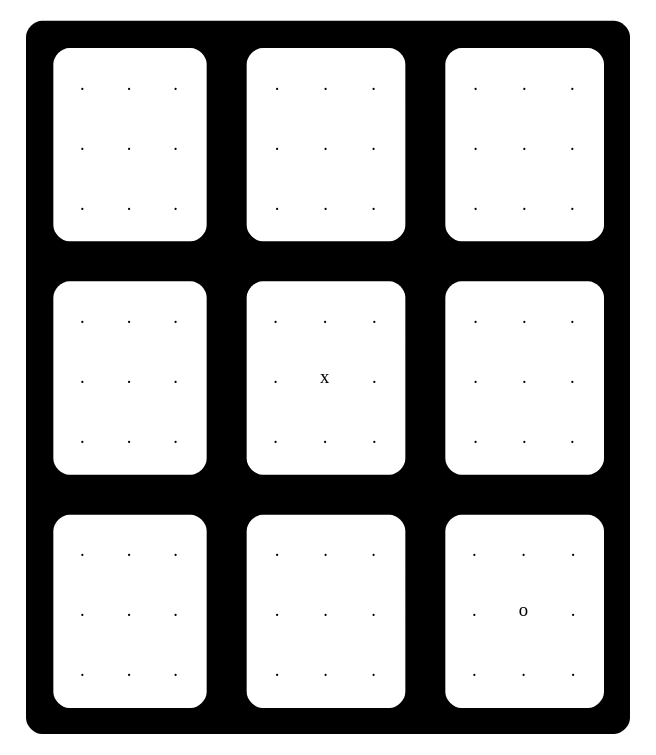
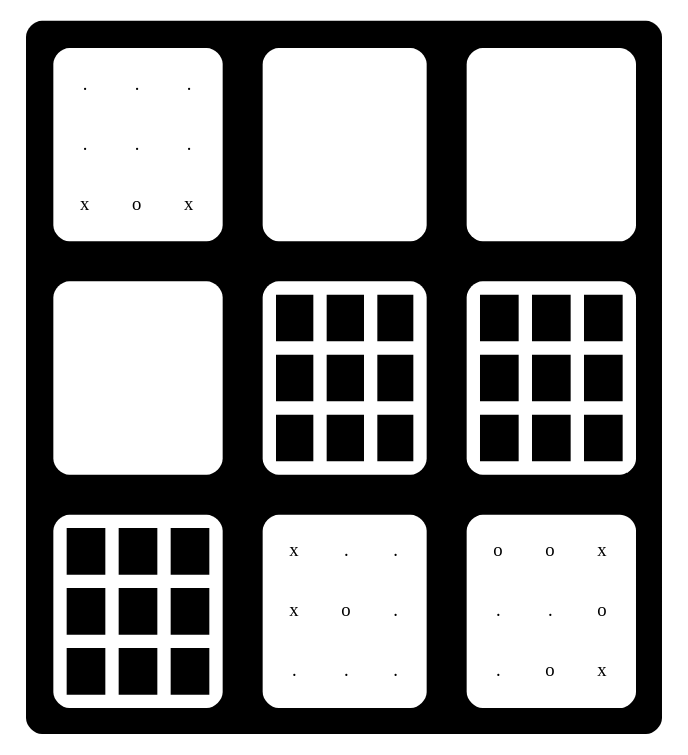
Before and after one commit to NicolasCestMoi/FilRougeFin: the diagram in FILrouge_AAP/Livrable_2/programme_sm-refresh/morpionUlt.dot, drawn with Graphviz. The commit also changed 4 other files, not shown here.

```diff
--- a/FILrouge_AAP/Livrable_2/programme_sm-refresh/morpionUlt.dot
+++ b/FILrouge_AAP/Livrable_2/programme_sm-refresh/morpionUlt.dot
@@ -1,182 +1,182 @@
 digraph {
   a0 [shape=none label=<<TABLE border="0" cellspacing="10" cellpadding="10" style="rounded" bgcolor="black">
     <TR>
 <TD bgcolor="black">
 <TABLE border="0" cellspacing="10" cellpadding="10" style="rounded" bgcolor="white">
   <TR>
     <TD bgcolor="white">.</TD>
     <TD bgcolor="white">.</TD>
     <TD bgcolor="white">.</TD>
   </TR>
   <TR>
     <TD bgcolor="white">.</TD>
     <TD bgcolor="white">.</TD>
     <TD bgcolor="white">.</TD>
   </TR>
   <TR>
-    <TD bgcolor="white">.</TD>
-    <TD bgcolor="white">.</TD>
-    <TD bgcolor="white">.</TD>
+    <TD bgcolor="white">x</TD>
+    <TD bgcolor="white">o</TD>
+    <TD bgcolor="white">x</TD>
   </TR>
 </TABLE>
 </TD>
 <TD bgcolor="black">
 <TABLE border="0" cellspacing="10" cellpadding="10" style="rounded" bgcolor="white">
   <TR>
-    <TD bgcolor="white">.</TD>
+    <TD bgcolor="white">&nbsp;</TD>
+    <TD bgcolor="white">&nbsp;</TD>
+    <TD bgcolor="white">&nbsp;</TD>
+  </TR>
+  <TR>
+    <TD bgcolor="white">&nbsp;</TD>
+    <TD bgcolor="white">&nbsp;</TD>
+    <TD bgcolor="white">&nbsp;</TD>
+  </TR>
+  <TR>
+    <TD bgcolor="white">&nbsp;</TD>
+    <TD bgcolor="white">&nbsp;</TD>
+    <TD bgcolor="white">&nbsp;</TD>
+  </TR>
+</TABLE>
+</TD>
+<TD bgcolor="black">
+<TABLE border="0" cellspacing="10" cellpadding="10" style="rounded" bgcolor="white">
+  <TR>
+    <TD bgcolor="white">&nbsp;</TD>
+    <TD bgcolor="white">&nbsp;</TD>
+    <TD bgcolor="white">&nbsp;</TD>
+  </TR>
+  <TR>
+    <TD bgcolor="white">&nbsp;</TD>
+    <TD bgcolor="white">&nbsp;</TD>
+    <TD bgcolor="white">&nbsp;</TD>
+  </TR>
+  <TR>
+    <TD bgcolor="white">&nbsp;</TD>
+    <TD bgcolor="white">&nbsp;</TD>
+    <TD bgcolor="white">&nbsp;</TD>
+  </TR>
+</TABLE>
+</TD>
+ </TR>
+ <TR>
+<TD bgcolor="black">
+<TABLE border="0" cellspacing="10" cellpadding="10" style="rounded" bgcolor="white">
+  <TR>
+    <TD bgcolor="white">&nbsp;</TD>
+    <TD bgcolor="white">&nbsp;</TD>
+    <TD bgcolor="white">&nbsp;</TD>
+  </TR>
+  <TR>
+    <TD bgcolor="white">&nbsp;</TD>
+    <TD bgcolor="white">&nbsp;</TD>
+    <TD bgcolor="white">&nbsp;</TD>
+  </TR>
+  <TR>
+    <TD bgcolor="white">&nbsp;</TD>
+    <TD bgcolor="white">&nbsp;</TD>
+    <TD bgcolor="white">&nbsp;</TD>
+  </TR>
+</TABLE>
+</TD>
+<TD bgcolor="black">
+<TABLE border="0" cellspacing="10" cellpadding="10" style="rounded" bgcolor="white">
+  <TR>
+    <TD bgcolor="black">&nbsp;</TD>
+    <TD bgcolor="black">&nbsp;</TD>
+    <TD bgcolor="black">&nbsp;</TD>
+  </TR>
+  <TR>
+    <TD bgcolor="black">&nbsp;</TD>
+    <TD bgcolor="black">&nbsp;</TD>
+    <TD bgcolor="black">&nbsp;</TD>
+  </TR>
+  <TR>
+    <TD bgcolor="black">&nbsp;</TD>
+    <TD bgcolor="black">&nbsp;</TD>
+    <TD bgcolor="black">&nbsp;</TD>
+  </TR>
+</TABLE>
+</TD>
+<TD bgcolor="black">
+<TABLE border="0" cellspacing="10" cellpadding="10" style="rounded" bgcolor="white">
+  <TR>
+    <TD bgcolor="black">&nbsp;</TD>
+    <TD bgcolor="black">&nbsp;</TD>
+    <TD bgcolor="black">&nbsp;</TD>
+  </TR>
+  <TR>
+    <TD bgcolor="black">&nbsp;</TD>
+    <TD bgcolor="black">&nbsp;</TD>
+    <TD bgcolor="black">&nbsp;</TD>
+  </TR>
+  <TR>
+    <TD bgcolor="black">&nbsp;</TD>
+    <TD bgcolor="black">&nbsp;</TD>
+    <TD bgcolor="black">&nbsp;</TD>
+  </TR>
+</TABLE>
+</TD>
+ </TR>
+ <TR>
+<TD bgcolor="black">
+<TABLE border="0" cellspacing="10" cellpadding="10" style="rounded" bgcolor="white">
+  <TR>
+    <TD bgcolor="black">&nbsp;</TD>
+    <TD bgcolor="black">&nbsp;</TD>
+    <TD bgcolor="black">&nbsp;</TD>
+  </TR>
+  <TR>
+    <TD bgcolor="black">&nbsp;</TD>
+    <TD bgcolor="black">&nbsp;</TD>
+    <TD bgcolor="black">&nbsp;</TD>
+  </TR>
+  <TR>
+    <TD bgcolor="black">&nbsp;</TD>
+    <TD bgcolor="black">&nbsp;</TD>
+    <TD bgcolor="black">&nbsp;</TD>
+  </TR>
+</TABLE>
+</TD>
+<TD bgcolor="black">
+<TABLE border="0" cellspacing="10" cellpadding="10" style="rounded" bgcolor="white">
+  <TR>
+    <TD bgcolor="white">x</TD>
     <TD bgcolor="white">.</TD>
     <TD bgcolor="white">.</TD>
   </TR>
   <TR>
-    <TD bgcolor="white">.</TD>
-    <TD bgcolor="white">.</TD>
+    <TD bgcolor="white">x</TD>
+    <TD bgcolor="white">o</TD>
     <TD bgcolor="white">.</TD>
   </TR>
   <TR>
     <TD bgcolor="white">.</TD>
     <TD bgcolor="white">.</TD>
     <TD bgcolor="white">.</TD>
   </TR>
 </TABLE>
 </TD>
 <TD bgcolor="black">
 <TABLE border="0" cellspacing="10" cellpadding="10" style="rounded" bgcolor="white">
   <TR>
-    <TD bgcolor="white">.</TD>
-    <TD bgcolor="white">.</TD>
-    <TD bgcolor="white">.</TD>
+    <TD bgcolor="white">o</TD>
+    <TD bgcolor="white">o</TD>
+    <TD bgcolor="white">x</TD>
   </TR>
   <TR>
     <TD bgcolor="white">.</TD>
     <TD bgcolor="white">.</TD>
-    <TD bgcolor="white">.</TD>
-  </TR>
-  <TR>
-    <TD bgcolor="white">.</TD>
-    <TD bgcolor="white">.</TD>
-    <TD bgcolor="white">.</TD>
-  </TR>
-</TABLE>
-</TD>
- </TR>
- <TR>
-<TD bgcolor="black">
-<TABLE border="0" cellspacing="10" cellpadding="10" style="rounded" bgcolor="white">
-  <TR>
-    <TD bgcolor="white">.</TD>
-    <TD bgcolor="white">.</TD>
-    <TD bgcolor="white">.</TD>
-  </TR>
-  <TR>
-    <TD bgcolor="white">.</TD>
-    <TD bgcolor="white">.</TD>
-    <TD bgcolor="white">.</TD>
-  </TR>
-  <TR>
-    <TD bgcolor="white">.</TD>
-    <TD bgcolor="white">.</TD>
-    <TD bgcolor="white">.</TD>
-  </TR>
-</TABLE>
-</TD>
-<TD bgcolor="black">
-<TABLE border="0" cellspacing="10" cellpadding="10" style="rounded" bgcolor="white">
-  <TR>
-    <TD bgcolor="white">.</TD>
-    <TD bgcolor="white">.</TD>
-    <TD bgcolor="white">.</TD>
-  </TR>
-  <TR>
-    <TD bgcolor="white">.</TD>
-    <TD bgcolor="white">x</TD>
-    <TD bgcolor="white">.</TD>
-  </TR>
-  <TR>
-    <TD bgcolor="white">.</TD>
-    <TD bgcolor="white">.</TD>
-    <TD bgcolor="white">.</TD>
-  </TR>
-</TABLE>
-</TD>
-<TD bgcolor="black">
-<TABLE border="0" cellspacing="10" cellpadding="10" style="rounded" bgcolor="white">
-  <TR>
-    <TD bgcolor="white">.</TD>
-    <TD bgcolor="white">.</TD>
-    <TD bgcolor="white">.</TD>
-  </TR>
-  <TR>
-    <TD bgcolor="white">.</TD>
-    <TD bgcolor="white">.</TD>
-    <TD bgcolor="white">.</TD>
-  </TR>
-  <TR>
-    <TD bgcolor="white">.</TD>
-    <TD bgcolor="white">.</TD>
-    <TD bgcolor="white">.</TD>
-  </TR>
-</TABLE>
-</TD>
- </TR>
- <TR>
-<TD bgcolor="black">
-<TABLE border="0" cellspacing="10" cellpadding="10" style="rounded" bgcolor="white">
-  <TR>
-    <TD bgcolor="white">.</TD>
-    <TD bgcolor="white">.</TD>
-    <TD bgcolor="white">.</TD>
-  </TR>
-  <TR>
-    <TD bgcolor="white">.</TD>
-    <TD bgcolor="white">.</TD>
-    <TD bgcolor="white">.</TD>
-  </TR>
-  <TR>
-    <TD bgcolor="white">.</TD>
-    <TD bgcolor="white">.</TD>
-    <TD bgcolor="white">.</TD>
-  </TR>
-</TABLE>
-</TD>
-<TD bgcolor="black">
-<TABLE border="0" cellspacing="10" cellpadding="10" style="rounded" bgcolor="white">
-  <TR>
-    <TD bgcolor="white">.</TD>
-    <TD bgcolor="white">.</TD>
-    <TD bgcolor="white">.</TD>
-  </TR>
-  <TR>
-    <TD bgcolor="white">.</TD>
-    <TD bgcolor="white">.</TD>
-    <TD bgcolor="white">.</TD>
-  </TR>
-  <TR>
-    <TD bgcolor="white">.</TD>
-    <TD bgcolor="white">.</TD>
-    <TD bgcolor="white">.</TD>
-  </TR>
-</TABLE>
-</TD>
-<TD bgcolor="black">
-<TABLE border="0" cellspacing="10" cellpadding="10" style="rounded" bgcolor="white">
-  <TR>
-    <TD bgcolor="white">.</TD>
-    <TD bgcolor="white">.</TD>
-    <TD bgcolor="white">.</TD>
+    <TD bgcolor="white">o</TD>
   </TR>
   <TR>
     <TD bgcolor="white">.</TD>
     <TD bgcolor="white">o</TD>
-    <TD bgcolor="white">.</TD>
-  </TR>
-  <TR>
-    <TD bgcolor="white">.</TD>
-    <TD bgcolor="white">.</TD>
-    <TD bgcolor="white">.</TD>
+    <TD bgcolor="white">x</TD>
   </TR>
 </TABLE>
 </TD>
  </TR>
  </TABLE>
 >];
 }
```
